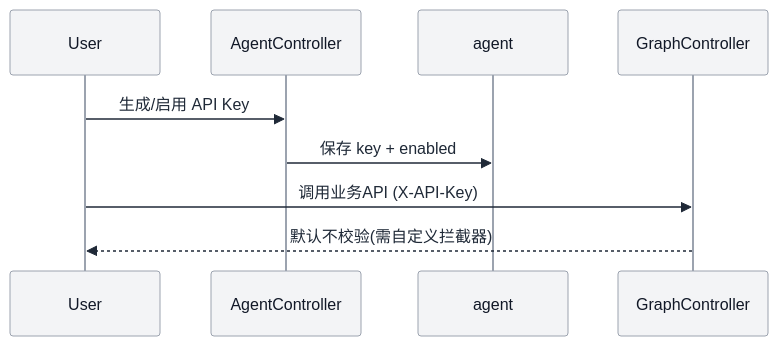
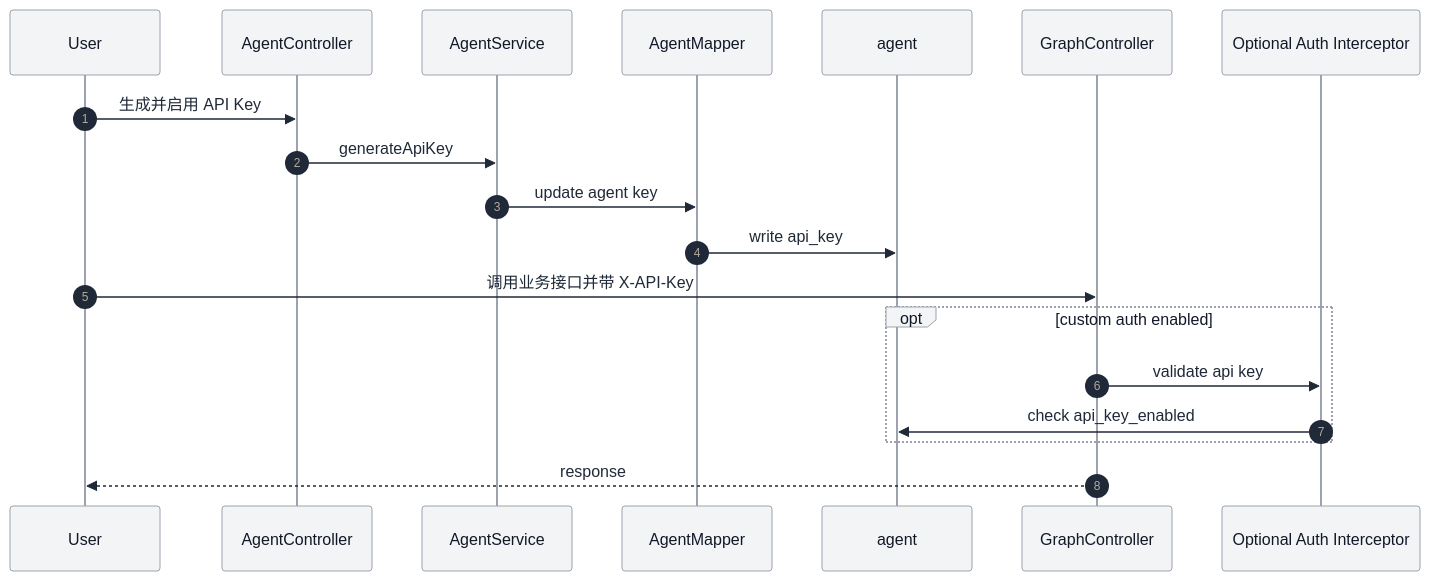
Diagram 16 of 18 in README.md (spring-ai-alibaba/DataAgent), drawn with Mermaid before and after one commit. The commit also changed other lines of this file, not shown here.

Commit message:
refactor: enhance README with updated architecture diagrams, improved class definitions, and refined workflow processes for clarity

````diff
--- a/README.md
+++ b/README.md
@@ -441,13 +618,23 @@
 ```mermaid
 %%{init: {"theme": "base", "themeVariables": {"primaryColor": "#E3F2FD", "primaryBorderColor": "#1E88E5", "primaryTextColor": "#1F2937", "lineColor": "#4B5563", "secondaryColor": "#E8F5E9", "tertiaryColor": "#FFF1D6", "actorBkg": "#F3F4F6", "actorBorder": "#9CA3AF", "actorTextColor": "#111827", "noteBkgColor": "#FFF8E1", "noteTextColor": "#1F2937"}}}%%
 sequenceDiagram
+  autonumber
   participant U as User
   participant API as AgentController
+  participant S as AgentService
+  participant M as AgentMapper
   participant DB as agent
   participant G as GraphController
+  participant Auth as Optional Auth Interceptor
 
-  U->>API: 生成/启用 API Key
-  API->>DB: 保存 key + enabled
-  U->>G: 调用业务API (X-API-Key)
-  G-->>U: 默认不校验(需自定义拦截器)
+  U->>API: 生成并启用 API Key
+  API->>S: generateApiKey
+  S->>M: update agent key
+  M->>DB: write api_key
+  U->>G: 调用业务接口并带 X-API-Key
+  opt custom auth enabled
+    G->>Auth: validate api key
+    Auth->>DB: check api_key_enabled
+  end
+  G-->>U: response
 ```
````
